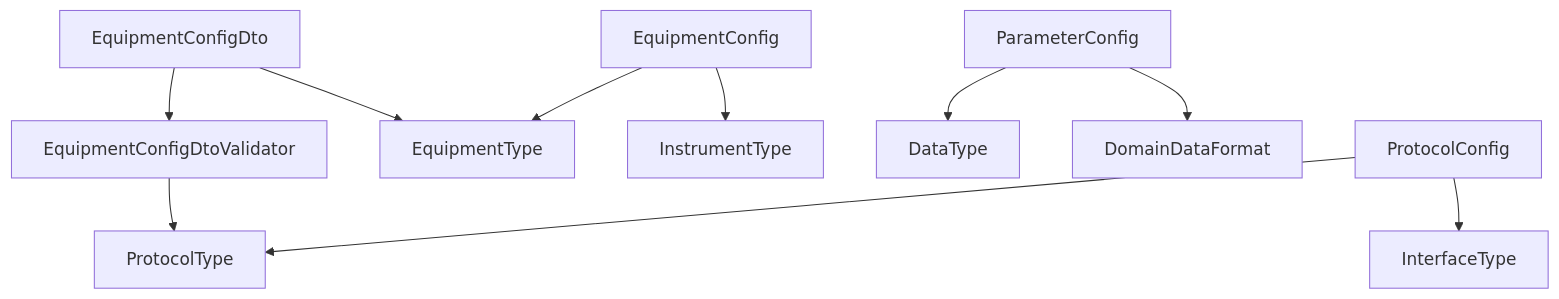
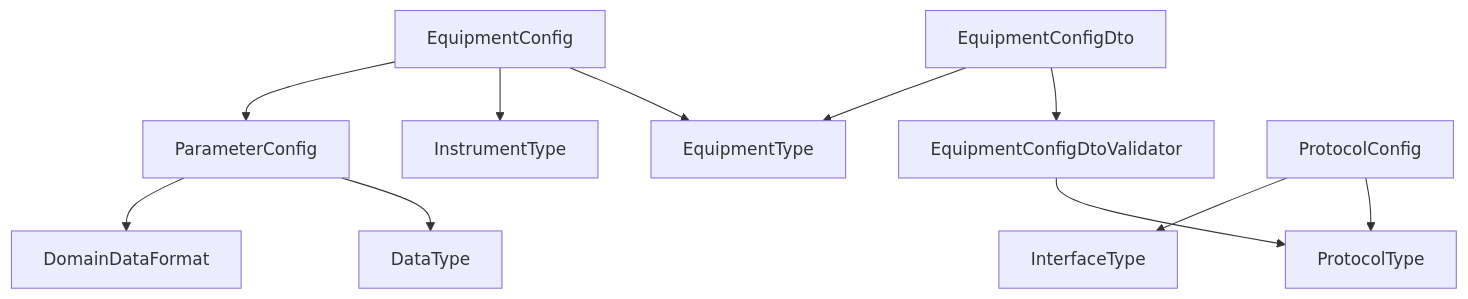
One commit to whitemousetl/IndustrialDataSolution changed the ninth of 9 diagrams in .qoder/repowiki/zh/content/领域模型设计/设备配置模型.md. Above: the diagram before and after it, drawn with Mermaid. The commit also changed other lines of this file and 18 other files, not shown here.

````diff
--- a/.qoder/repowiki/zh/content/领域模型设计/设备配置模型.md
+++ b/.qoder/repowiki/zh/content/领域模型设计/设备配置模型.md
@@ -394,12 +459,13 @@
 ```mermaid
 graph TB
 ECDto["EquipmentConfigDto"] --> ECV["EquipmentConfigDtoValidator"]
 ECV --> PT["ProtocolType"]
 ECDto --> ET["EquipmentType"]
 EC["EquipmentConfig"] --> ET
 EC --> IT["InstrumentType"]
+EC --> PC["ParameterConfig"]
 PC["ParameterConfig"] --> DT["DataType"]
 PC --> DF["DomainDataFormat"]
 PR["ProtocolConfig"] --> PT
 PR --> IF["InterfaceType"]
 ```
````
